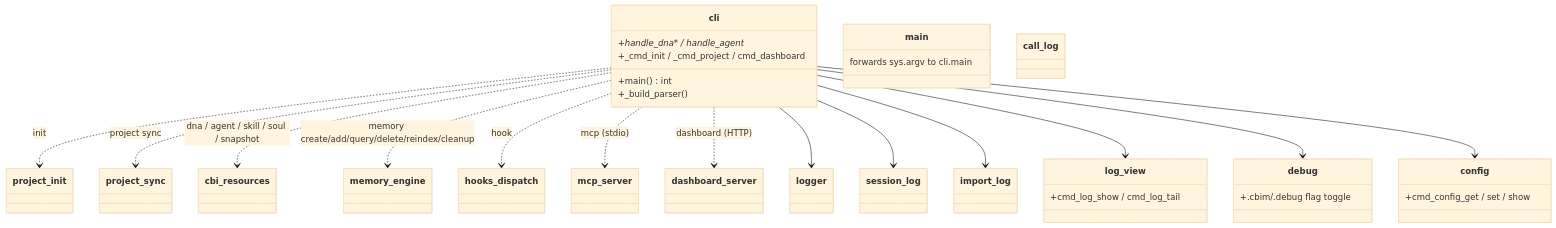
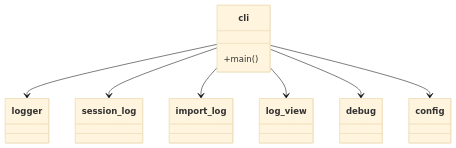
Before and after one commit to nan023062/agent-team-cc: the diagram in v1/src/kernel/engine/.dna/module.md, drawn with Mermaid (base theme). The commit also changed other lines of this file and 43 other files, not shown here.

````diff
--- a/v1/src/kernel/engine/.dna/module.md
+++ b/v1/src/kernel/engine/.dna/module.md
@@ -17,39 +17,19 @@
 ```mermaid
 classDiagram
     class cli {
-        +main() int
-        +_build_parser()
-        +_handle_dna_* / _handle_agent_*
-        +_cmd_init / _cmd_project / cmd_dashboard
-    }
-    class __main__ {
-        forwards sys.argv to cli.main
+        +main()
     }
     class logger
     class session_log
-    class call_log
     class import_log
-    class log_view {
-        +cmd_log_show / cmd_log_tail
-    }
-    class debug {
-        +.cbim/.debug flag toggle
-    }
-    class config {
-        +cmd_config_get / set / show
-    }
+    class log_view
+    class debug
+    class config
 
-    cli ..> project_init : init
-    cli ..> project_sync : project sync
-    cli ..> cbi_resources : dna / agent / skill / soul / snapshot
-    cli ..> memory_engine : memory create/add/query/delete/reindex/cleanup
-    cli ..> hooks_dispatch : hook <event>
-    cli ..> mcp_server : mcp (stdio)
-    cli ..> dashboard_server : dashboard (HTTP)
     cli --> logger
     cli --> session_log
     cli --> import_log
     cli --> log_view
     cli --> debug
     cli --> config
 ```
````
